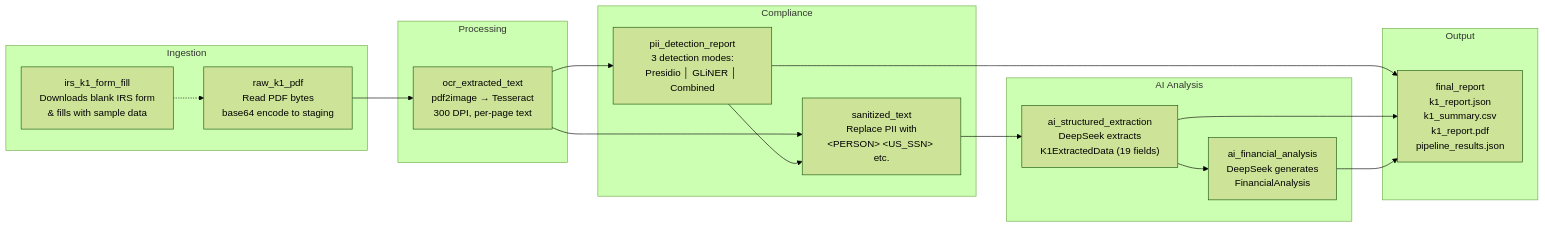
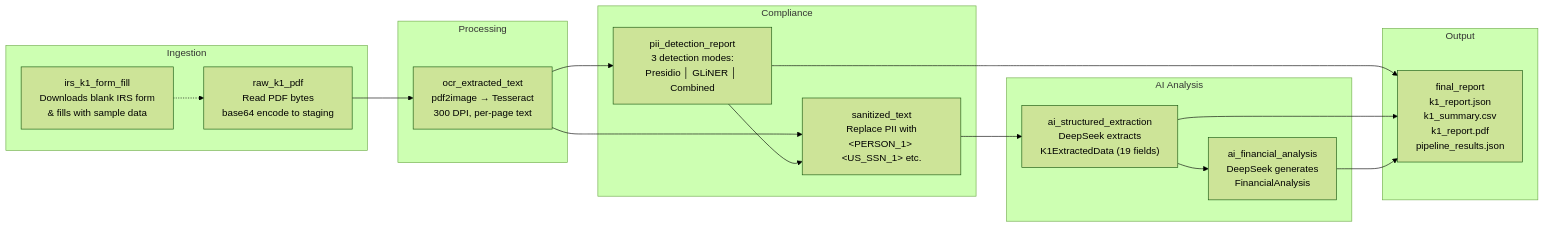
One commit to danielpodrazka/dagster-document-intelligence changed the second of 6 diagrams in README.md. Above: the diagram before and after it, drawn with Mermaid (forest theme). The commit also changed other lines of this file, not shown here.

Commit message:
Update README to reflect instance-aware PII placeholders

````diff
--- a/README.md
+++ b/README.md
@@ -60,36 +60,36 @@
 ```mermaid
 graph LR
     subgraph Ingestion
         A1["irs_k1_form_fill<br/>Downloads blank IRS form<br/>& fills with sample data"]
         A2["raw_k1_pdf<br/>Read PDF bytes<br/>base64 encode to staging"]
     end
 
     subgraph Processing
         B1["ocr_extracted_text<br/>pdf2image → Tesseract<br/>300 DPI, per-page text"]
     end
 
     subgraph Compliance
         C1["pii_detection_report<br/>3 detection modes:<br/>Presidio │ GLiNER │ Combined"]
-        C2["sanitized_text<br/>Replace PII with<br/>&lt;PERSON&gt; &lt;US_SSN&gt; etc."]
+        C2["sanitized_text<br/>Replace PII with<br/>&lt;PERSON_1&gt; &lt;US_SSN_1&gt; etc."]
     end
 
     subgraph AI["AI Analysis"]
         D1["ai_structured_extraction<br/>DeepSeek extracts<br/>K1ExtractedData (19 fields)"]
         D2["ai_financial_analysis<br/>DeepSeek generates<br/>FinancialAnalysis"]
     end
 
     subgraph Report["Output"]
         E1["final_report<br/>k1_report.json<br/>k1_summary.csv<br/>k1_report.pdf<br/>pipeline_results.json"]
     end
 
     A1 -.-> A2
     A2 --> B1
     B1 --> C1
     B1 --> C2
     C1 --> C2
     C2 --> D1
     D1 --> D2
     C1 --> E1
     D1 --> E1
     D2 --> E1
 ```
````
